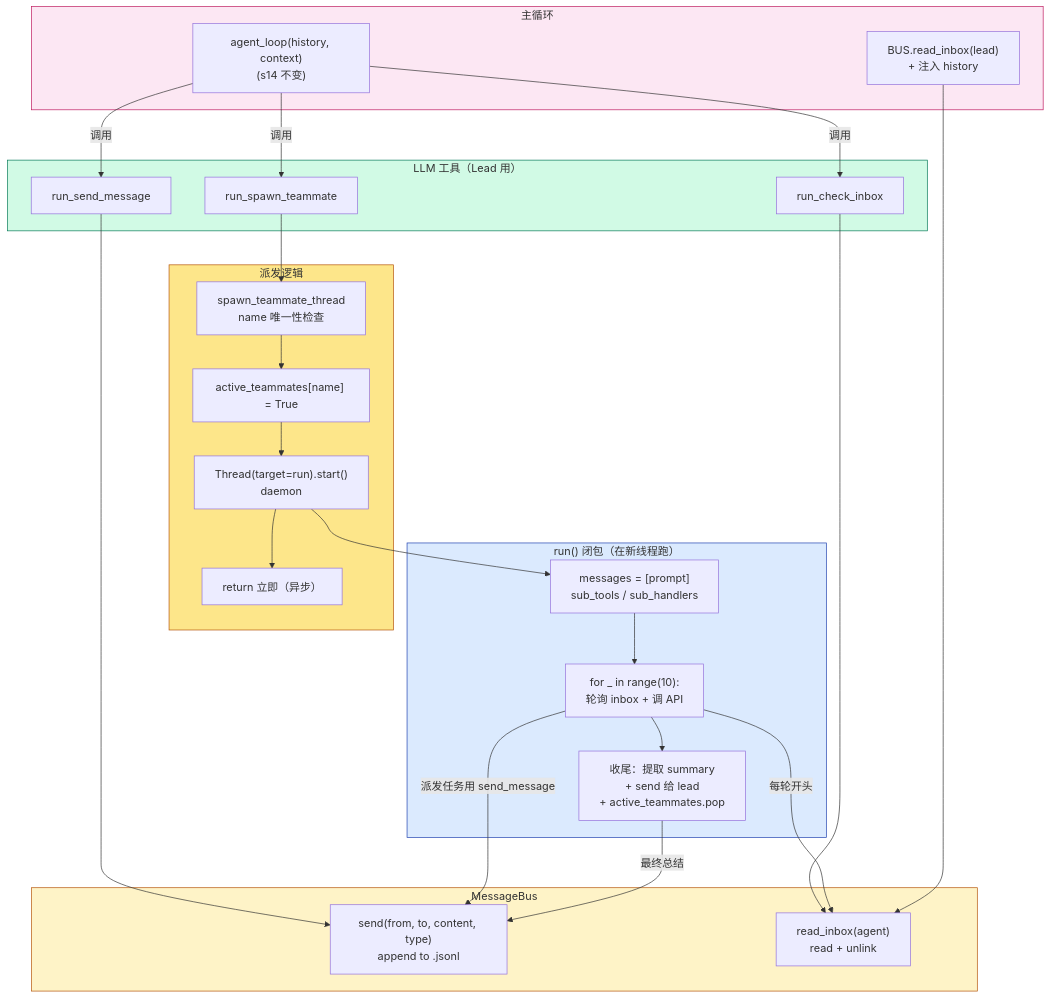
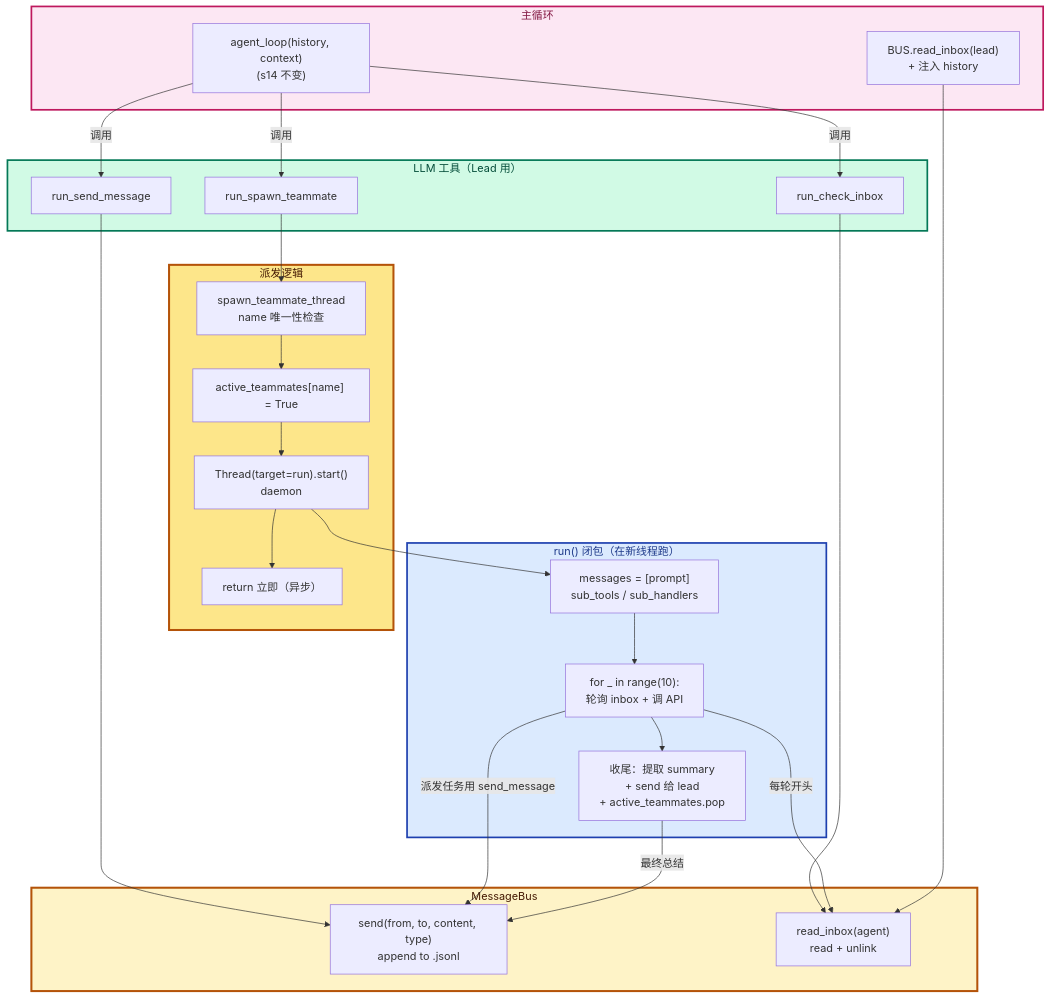
Before and after one commit to PyrePuin/From-Zero-LLM-Agent-Infra-Notes: the third of 4 diagrams in Agent/Harness/Claude Code/Phase 5 - 多智能体/15 - Agent Teams.md, drawn with Mermaid. The commit also changed other lines of this file and 23 other files, not shown here.

First line of the commit message:
refactor(mermaid): 统一所有图的视觉规范

````diff
--- a/Agent/Harness/Claude Code/Phase 5 - 多智能体/15 - Agent Teams.md
+++ b/Agent/Harness/Claude Code/Phase 5 - 多智能体/15 - Agent Teams.md
@@ -278,51 +280,52 @@
 ```mermaid
+%%{init: {'themeVariables': {'fontSize': '16px', 'fontFamily': 'ui-sans-serif, system-ui, -apple-system, "Segoe UI", Roboto, sans-serif'}}}%%
 flowchart TB
     subgraph Tools["LLM 工具（Lead 用）"]
         T1["run_spawn_teammate"]
         T2["run_send_message"]
         T3["run_check_inbox"]
     end
 
     subgraph Spawn["派发逻辑"]
         S1["spawn_teammate_thread<br/>name 唯一性检查"]
         S2["active_teammates[name] = True"]
         S3["Thread(target=run).start()<br/>daemon"]
         S4["return 立即（异步）"]
     end
 
     subgraph Closure["run() 闭包（在新线程跑）"]
         R1["messages = [prompt]<br/>sub_tools / sub_handlers"]
         R2["for _ in range(10):<br/>轮询 inbox + 调 API"]
         R3["收尾：提取 summary<br/>+ send 给 lead<br/>+ active_teammates.pop"]
     end
 
     subgraph Bus["MessageBus"]
         B1["send(from, to, content, type)<br/>append to .jsonl"]
         B2["read_inbox(agent)<br/>read + unlink"]
     end
 
     subgraph Main["主循环"]
         M1["agent_loop(history, context)<br/>(s14 不变)"]
         M2["BUS.read_inbox(lead)<br/>+ 注入 history"]
     end
 
     T1 --> S1 --> S2 --> S3 --> S4
     S3 --> R1 --> R2 --> R3
 
     T2 --> B1
     T3 --> B2
     R2 -->|"每轮开头"| B2
     R2 -->|"派发任务用 send_message"| B1
     R3 -->|"最终总结"| B1
 
     M1 -->|"调用"| T1
     M1 -->|"调用"| T2
     M1 -->|"调用"| T3
     M2 --> B2
 
-    style Tools fill:#d1fae5,stroke:#047857
-    style Spawn fill:#fde68a,stroke:#b45309
-    style Closure fill:#dbeafe,stroke:#1e40af
-    style Bus fill:#fef3c7,stroke:#b45309
-    style Main fill:#fce7f3,stroke:#be185d
+    style Tools fill:#d1fae5,stroke:#047857,stroke-width:2.5px,color:#064e3b
+    style Spawn fill:#fde68a,stroke:#b45309,stroke-width:3px,color:#451a03
+    style Closure fill:#dbeafe,stroke:#1e40af,stroke-width:2.5px,color:#1e3a8a
+    style Bus fill:#fef3c7,stroke:#b45309,stroke-width:3px,color:#451a03
+    style Main fill:#fce7f3,stroke:#be185d,stroke-width:2.5px,color:#831843
 ```
````
